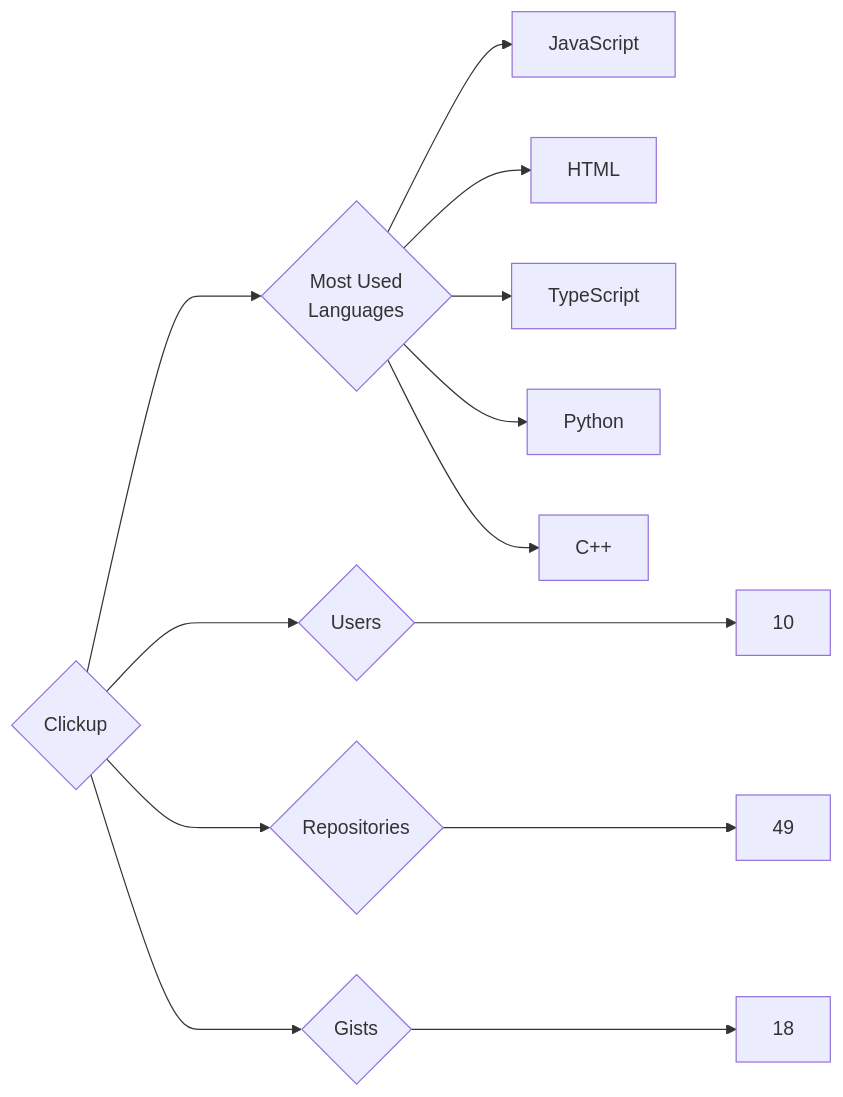
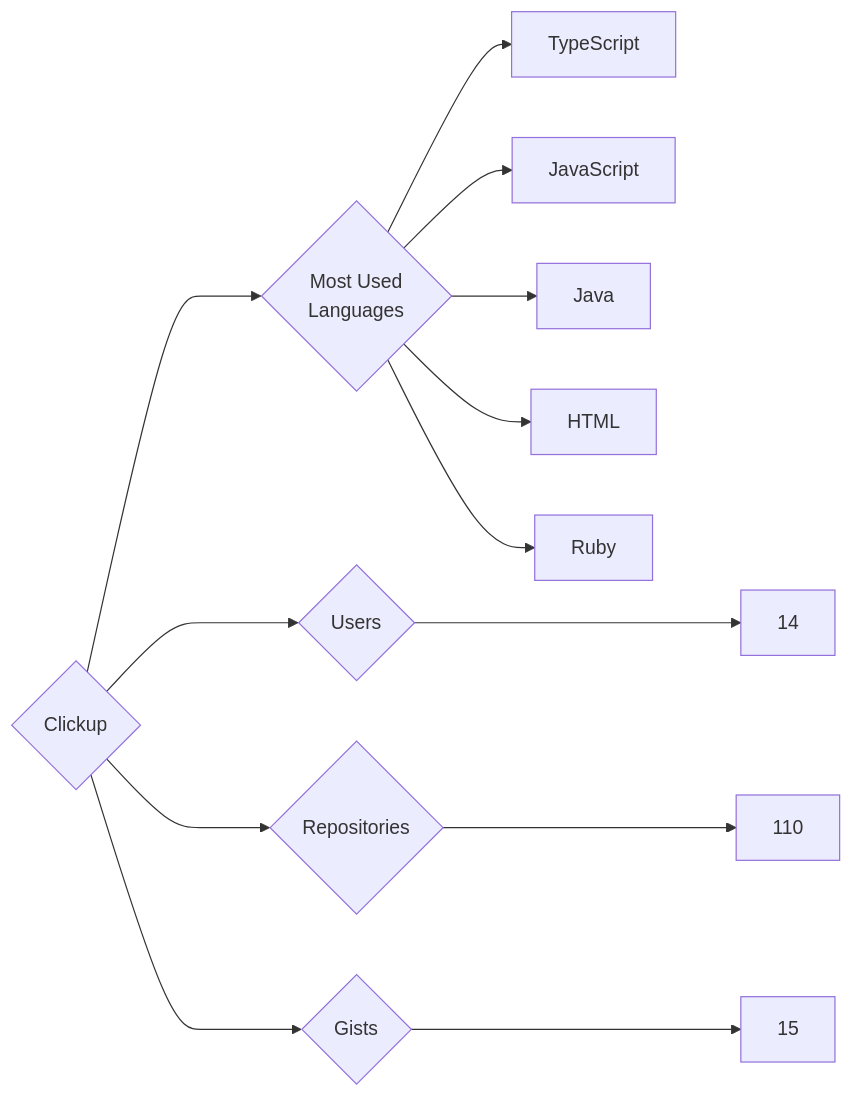
Before and after one commit to trickest/insiders: the diagram in targets/Clickup/README.md, drawn with Mermaid. The commit also changed 718 other files, not shown here.

````diff
--- a/targets/Clickup/README.md
+++ b/targets/Clickup/README.md
@@ -3,13 +3,13 @@
 ```mermaid
 graph LR
 COMPANY_NAME{Clickup}
-COMPANY_NAME ---> U{Users} ---> UN[10]
-COMPANY_NAME ---> R{Repositories} ---> RN[49]
-COMPANY_NAME ---> G{Gists} ---> GN[18]
+COMPANY_NAME ---> U{Users} ---> UN[14]
+COMPANY_NAME ---> R{Repositories} ---> RN[110]
+COMPANY_NAME ---> G{Gists} ---> GN[15]
 COMPANY_NAME ---> ML{Most Used<br>Languages}
+ML --> TypeScript[TypeScript]
 ML --> JavaScript[JavaScript]
+ML --> Java[Java]
 ML --> HTML[HTML]
-ML --> TypeScript[TypeScript]
-ML --> Python[Python]
-ML --> C++[C++]
+ML --> Ruby[Ruby]
 ```
````
